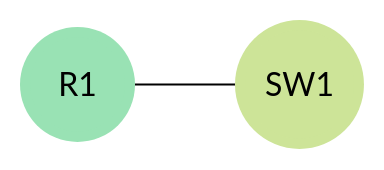
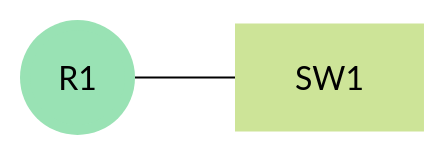
Before and after one commit to DenDanskeMine/Retype: the first of 2 diagrams in Starterguide/Starter guide.md, drawn with Mermaid (forest theme). The commit also changed other lines of this file and 3 other files, not shown here.

````diff
--- a/Starterguide/Starter guide.md
+++ b/Starterguide/Starter guide.md
@@ -17,6 +261,6 @@
 ```mermaid
 flowchart LR
-	1((("&nbsp;R1&nbsp;"))) --- 2((("SW1")))
+	1((("&nbsp;R1&nbsp;"))) --- 2["SW1"]
 	style 1 fill:#99e2b4,stroke-width: 0px
 	style 2 stroke-width: 0px
 ```
````
